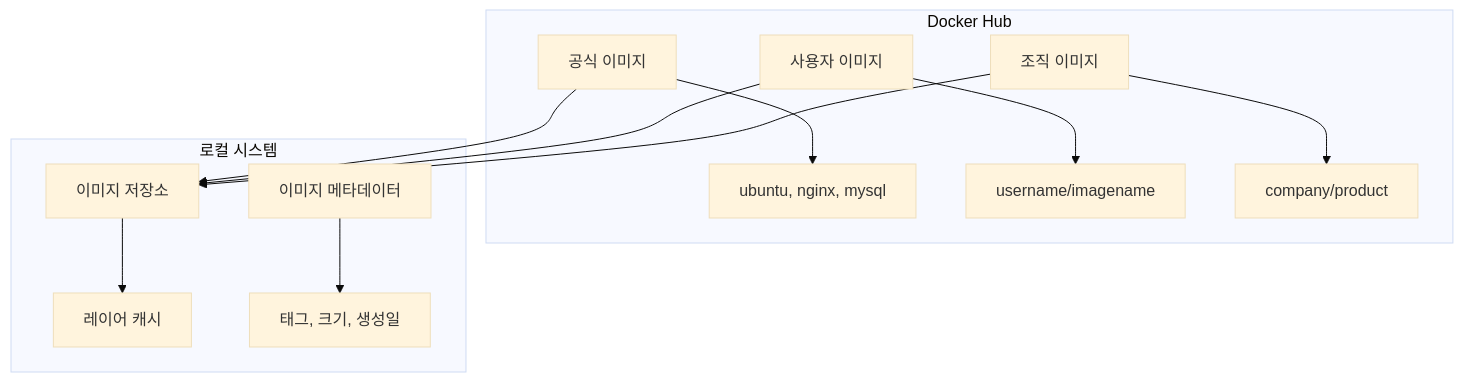
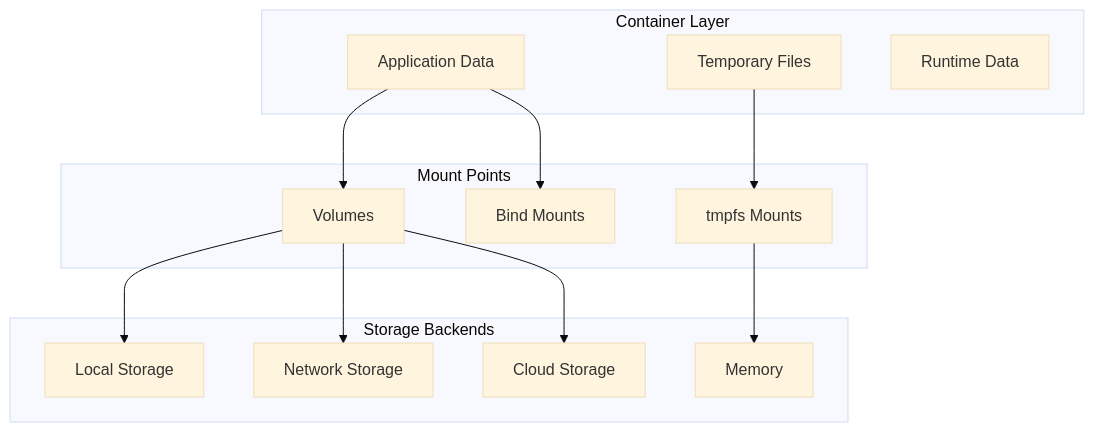
One commit to niceguy61/kdt_devops_lecture_2025 changed the first of 2 diagrams in week_02/day_01/session_04.md. Above: the diagram before and after it, drawn with Mermaid (base theme). The commit also changed other lines of this file and 41 other files, not shown here.

````diff
--- a/week_02/day_01/session_04.md
+++ b/week_02/day_01/session_04.md
@@ -15,17 +15,29 @@
 ```mermaid
 graph TB
-    subgraph "Docker Hub"
-        A[공식 이미지] --> B[ubuntu, nginx, mysql]
-        C[사용자 이미지] --> D[username/imagename]
-        E[조직 이미지] --> F[company/product]
+    subgraph "Container Layer"
+        A[Application Data]
+        B[Temporary Files]
+        C[Runtime Data]
     end
     
-    subgraph "로컬 시스템"
-        G[이미지 저장소] --> H[레이어 캐시]
-        I[이미지 메타데이터] --> J[태그, 크기, 생성일]
+    subgraph "Mount Points"
+        D[Volumes]
+        E[Bind Mounts]
+        F[tmpfs Mounts]
     end
     
-    A --> G
-    C --> G
-    E --> G
+    subgraph "Storage Backends"
+        G[Local Storage]
+        H[Network Storage]
+        I[Cloud Storage]
+        J[Memory]
+    end
+    
+    A --> D
+    A --> E
+    B --> F
+    D --> G
+    D --> H
+    D --> I
+    F --> J
 ```
````
